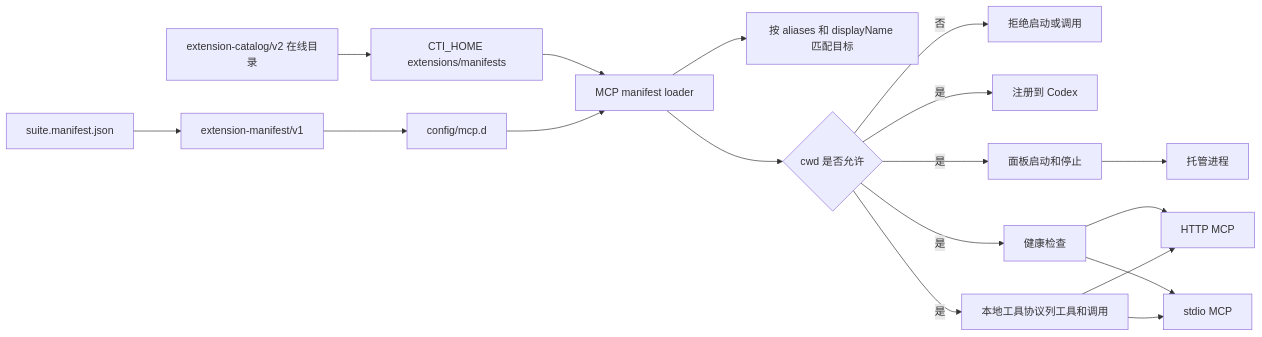
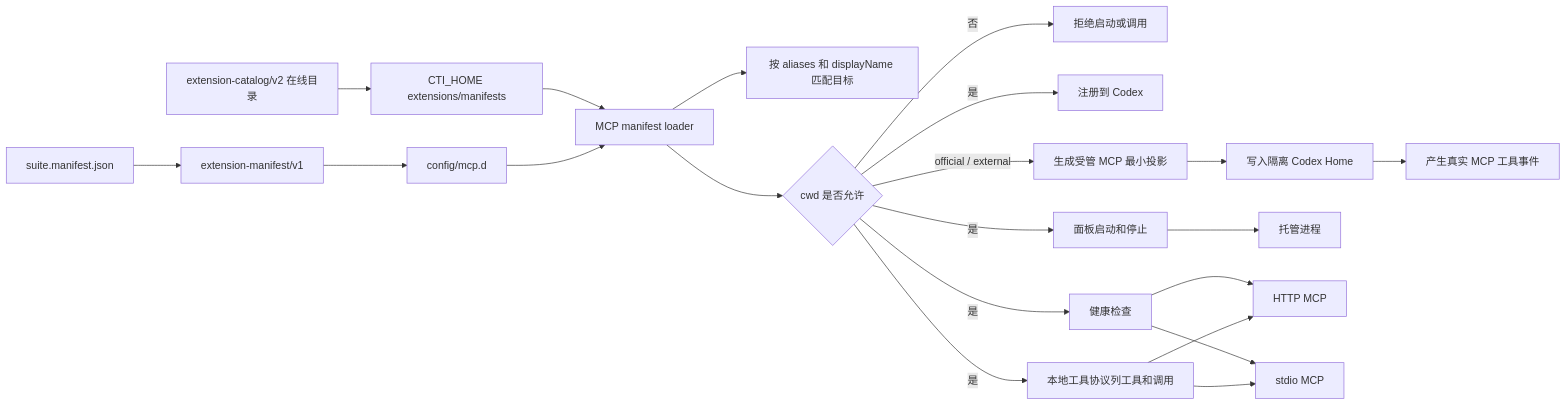
One commit to dddfuxi/codex-im-suite changed diagram 20 of 21 in docs/PROJECT-ARCHITECTURE.md. Above: the diagram before and after it, drawn with Mermaid. The commit also changed other lines of this file and 264 other files, not shown here.

````diff
--- a/docs/PROJECT-ARCHITECTURE.md
+++ b/docs/PROJECT-ARCHITECTURE.md
@@ -1447,20 +1482,23 @@
 ```mermaid
 flowchart LR
   SuiteManifest[suite.manifest.json] --> Protocol[extension-manifest/v1]
   Protocol --> ManifestDir[config/mcp.d]
   Catalog[extension-catalog/v2 在线目录] --> UserOverlay[CTI_HOME extensions/manifests]
   UserOverlay --> Loader[MCP manifest loader]
   ManifestDir --> Loader[MCP manifest loader]
   Loader --> AliasMatch[按 aliases 和 displayName 匹配目标]
   Loader --> WorkspaceCheck{cwd 是否允许}
   WorkspaceCheck -->|否| Reject[拒绝启动或调用]
   WorkspaceCheck -->|是| Register[注册到 Codex]
+  WorkspaceCheck -->|official / external| ManagedProjection[生成受管 MCP 最小投影]
+  ManagedProjection --> IsolatedCodexHome[写入隔离 Codex Home]
+  IsolatedCodexHome --> CodexMcpEvent[产生真实 MCP 工具事件]
   WorkspaceCheck -->|是| StartStop[面板启动和停止]
   WorkspaceCheck -->|是| Health[健康检查]
   WorkspaceCheck -->|是| ToolCall[本地工具协议列工具和调用]
   StartStop --> ManagedProcess[托管进程]
   Health --> HttpMcp[HTTP MCP]
   Health --> StdioMcp[stdio MCP]
   ToolCall --> HttpMcp
   ToolCall --> StdioMcp
 ```
````
